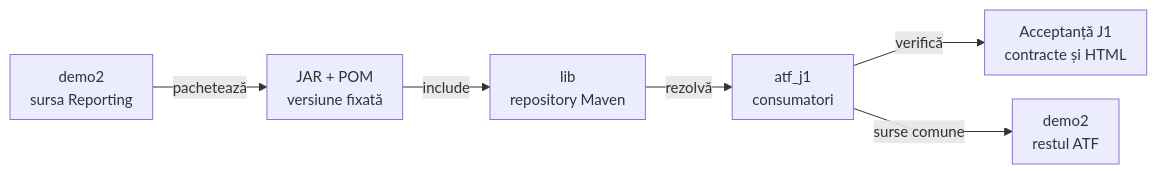
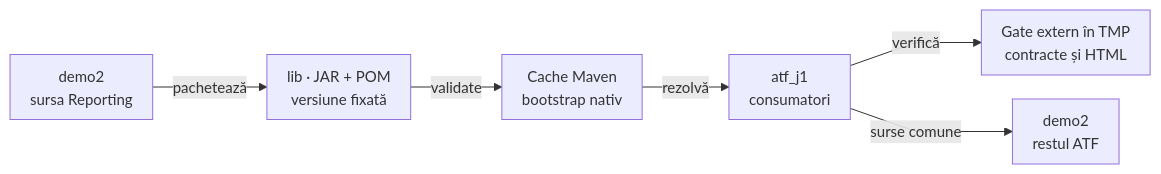
Before and after one commit to crististefanita/atf_j1: the diagram in docs/ATF_J1_Consumer.md, drawn with Mermaid. The commit also changed other lines of this file and 580 other files, not shown here.

````diff
--- a/docs/ATF_J1_Consumer.md
+++ b/docs/ATF_J1_Consumer.md
@@ -38,9 +38,9 @@
 ```mermaid
 %%{init: {"themeVariables":{"fontSize":"15px"},"themeCSS":".nodeLabel, .nodeLabel p { font-size: 15px !important; line-height: 1.35 !important; } .edgeLabel, .edgeLabel p { font-size: 12px !important; font-weight: 400 !important; line-height: 1.2 !important; } .edgeLabel .labelBkg, .edgeLabel p { background: transparent !important; } .edgeLabel foreignObject { transform: translateY(-18px); overflow: visible; } .node rect { rx: 6px; ry: 6px; }","flowchart":{"curve":"linear","nodeSpacing":24,"rankSpacing":40,"padding":10,"diagramPadding":16}}}%%
 flowchart LR
-    Source["demo2<br/>sursa Reporting"] -->|pachetează| Library["JAR + POM<br/>versiune fixată"]
-    Library -->|include| Repository["lib<br/>repository Maven"]
+    Source["demo2<br/>sursa Reporting"] -->|pachetează| Library["lib · JAR + POM<br/>versiune fixată"]
+    Library -->|validate| Repository["Cache Maven<br/>bootstrap nativ"]
     Repository -->|rezolvă| Consumer["atf_j1<br/>consumatori"]
-    Consumer -->|verifică| Tests["Acceptanță J1<br/>contracte și HTML"]
+    Consumer -->|verifică| Tests["Gate extern în TMP<br/>contracte și HTML"]
     Consumer -->|surse comune| Mirror["demo2<br/>restul ATF"]
 ```
````
